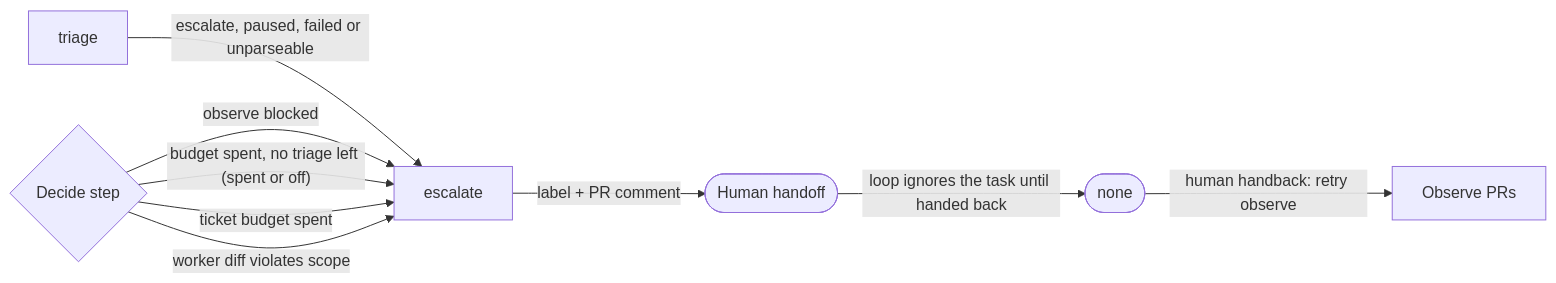
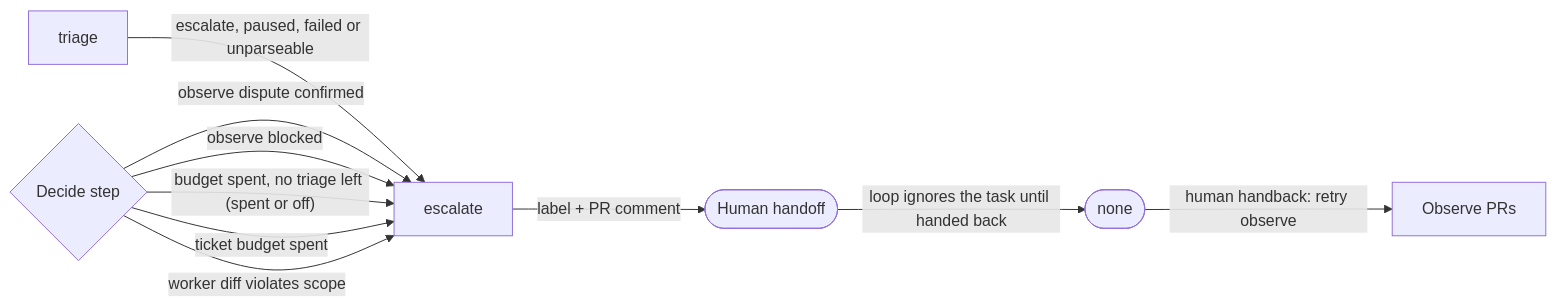
Before and after one commit to kehuydietlatoi/harness_orchestrator: the tenth of 18 diagrams in docs/FLOWS.md, drawn with Mermaid. The commit also changed other lines of this file and 12 other files, not shown here.

````diff
--- a/docs/FLOWS.md
+++ b/docs/FLOWS.md
@@ -563,17 +569,18 @@
 ```mermaid
 flowchart LR
     n42["Observe PRs"]
     n43{"Decide step"}
     n44(["none"])
     n54["triage"]
     n55["escalate"]
     n56(["Human handoff"])
+  n43 -->|"observe dispute confirmed"| n55
   n43 -->|"observe blocked"| n55
   n54 -->|"escalate, paused, failed or unparseable"| n55
   n43 -->|"budget spent, no triage left (spent or off)"| n55
   n43 -->|"ticket budget spent"| n55
   n43 -->|"worker diff violates scope"| n55
   n55 -->|"label + PR comment"| n56
   n56 -->|"loop ignores the task until handed back"| n44
   n44 -->|"human handback: retry observe"| n42
 ```
````
